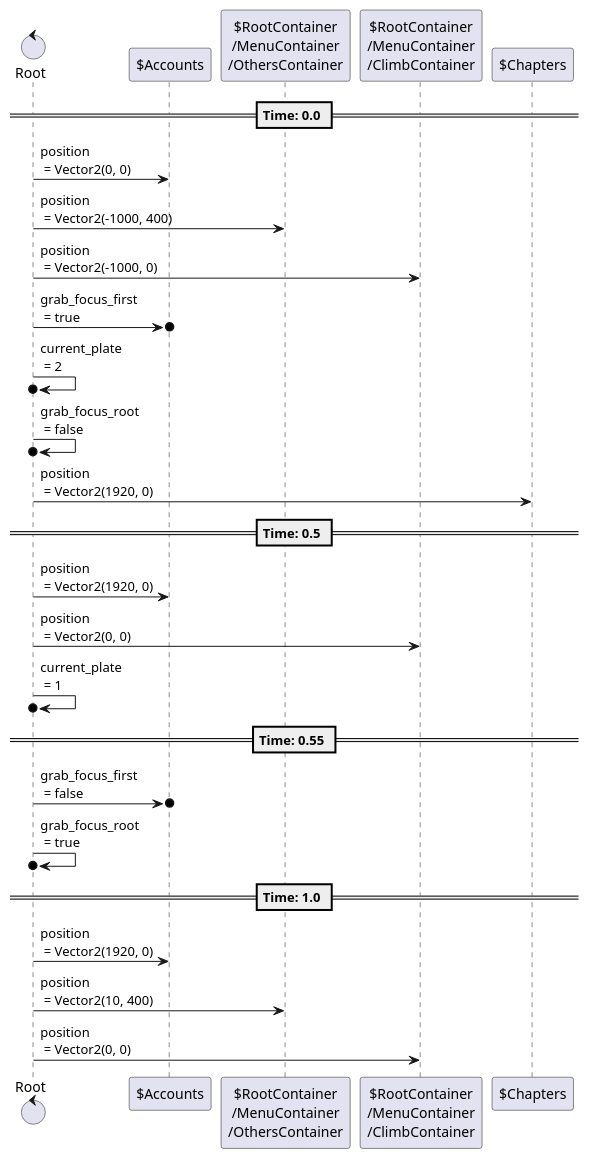
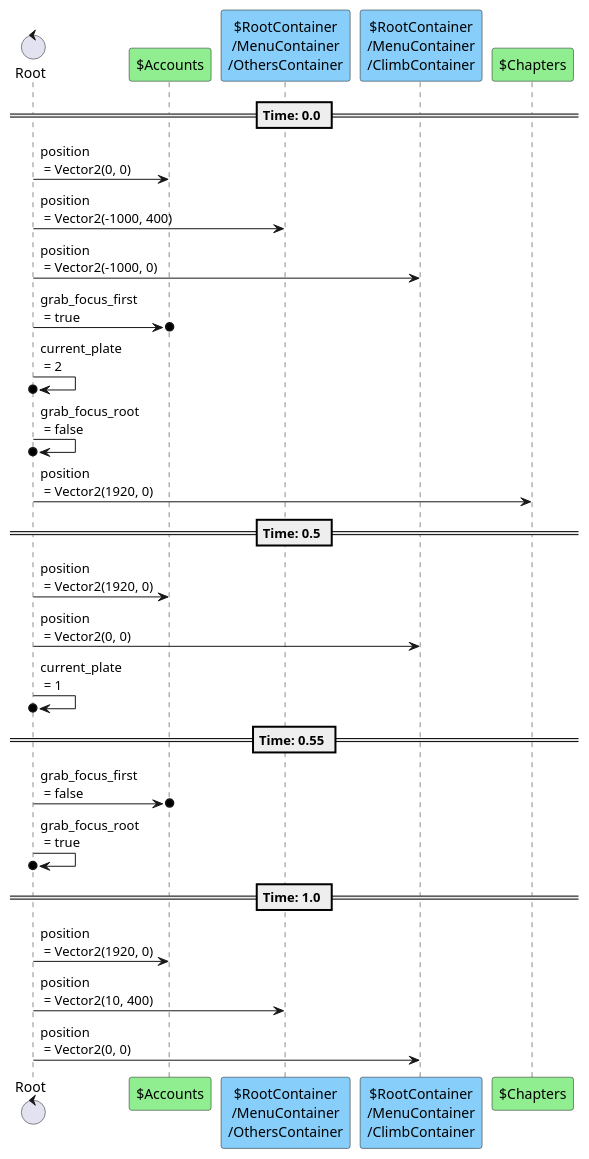
Before and after one commit to tkmfujise/Platformer-Game-Learning: the eighth of 9 diagrams in content/scenes/src/beginning/menu/menu.tscn.adoc, drawn with PlantUML. The commit also changed other lines of this file and 67 other files, not shown here.

```diff
--- a/content/scenes/src/beginning/menu/menu.tscn.adoc
+++ b/content/scenes/src/beginning/menu/menu.tscn.adoc
@@ -562,32 +562,32 @@
 [plantuml]
 ....
 control "Root" as R
-participant "$Accounts" as T0
-participant "$RootContainer\n/MenuContainer\n/OthersContainer" as T1
-participant "$RootContainer\n/MenuContainer\n/ClimbContainer" as T2
-participant "$Chapters" as T6
+participant "$Accounts" as T0 #90EE90
+participant "$RootContainer\n/MenuContainer\n/OthersContainer" as T1 #87CEFA
+participant "$RootContainer\n/MenuContainer\n/ClimbContainer" as T2 #87CEFA
+participant "$Chapters" as T6 #90EE90
 
 
 
 == Time: 0.0 ==
 R  ->  T0 : position\n = Vector2(0, 0)
 R  ->  T1 : position\n = Vector2(-1000, 400)
 R  ->  T2 : position\n = Vector2(-1000, 0)
 R  ->o  T0 : grab_focus_first\n = true
 R  ->o  R : current_plate\n = 2
 R  ->o  R : grab_focus_root\n = false
 R  ->  T6 : position\n = Vector2(1920, 0)
 == Time: 0.5 ==
 R  ->  T0 : position\n = Vector2(1920, 0)
 R  ->  T2 : position\n = Vector2(0, 0)
 R  ->o  R : current_plate\n = 1
 == Time: 0.55 ==
 R  ->o  T0 : grab_focus_first\n = false
 R  ->o  R : grab_focus_root\n = true
 == Time: 1.0 ==
 R  ->  T0 : position\n = Vector2(1920, 0)
 R  ->  T1 : position\n = Vector2(10, 400)
 R  ->  T2 : position\n = Vector2(0, 0)
 
 
 ....
```
